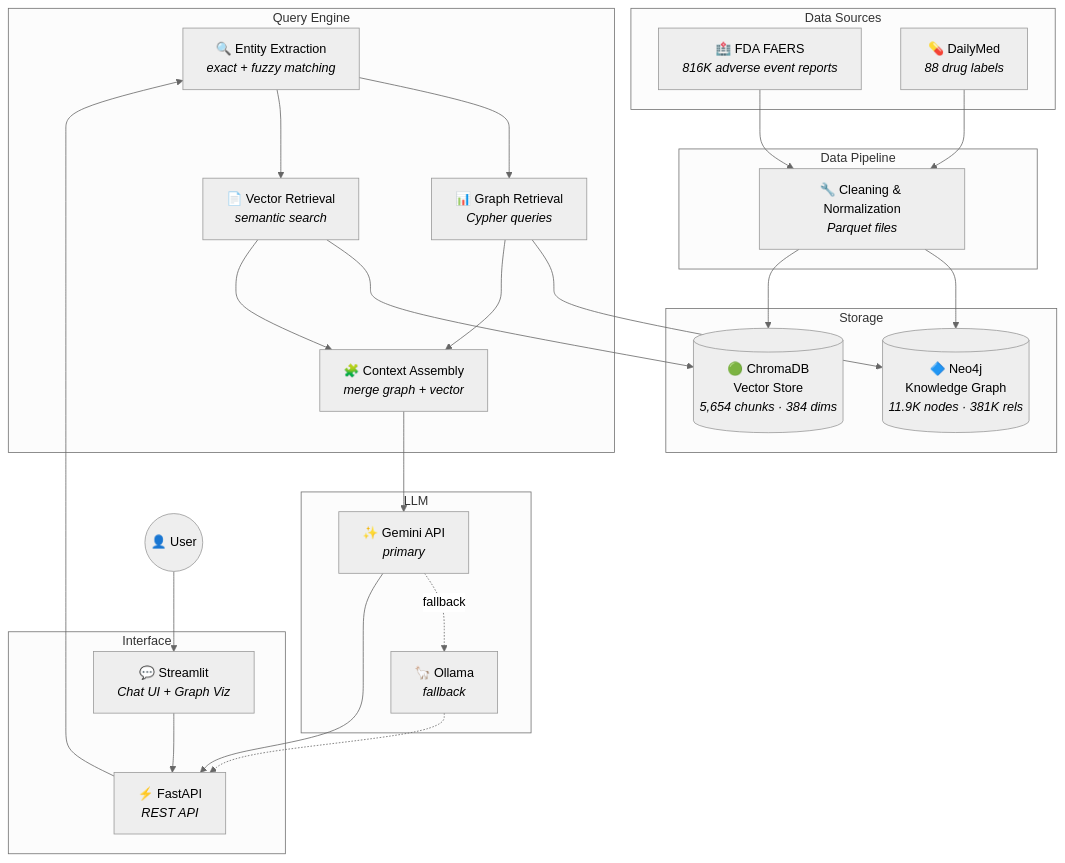
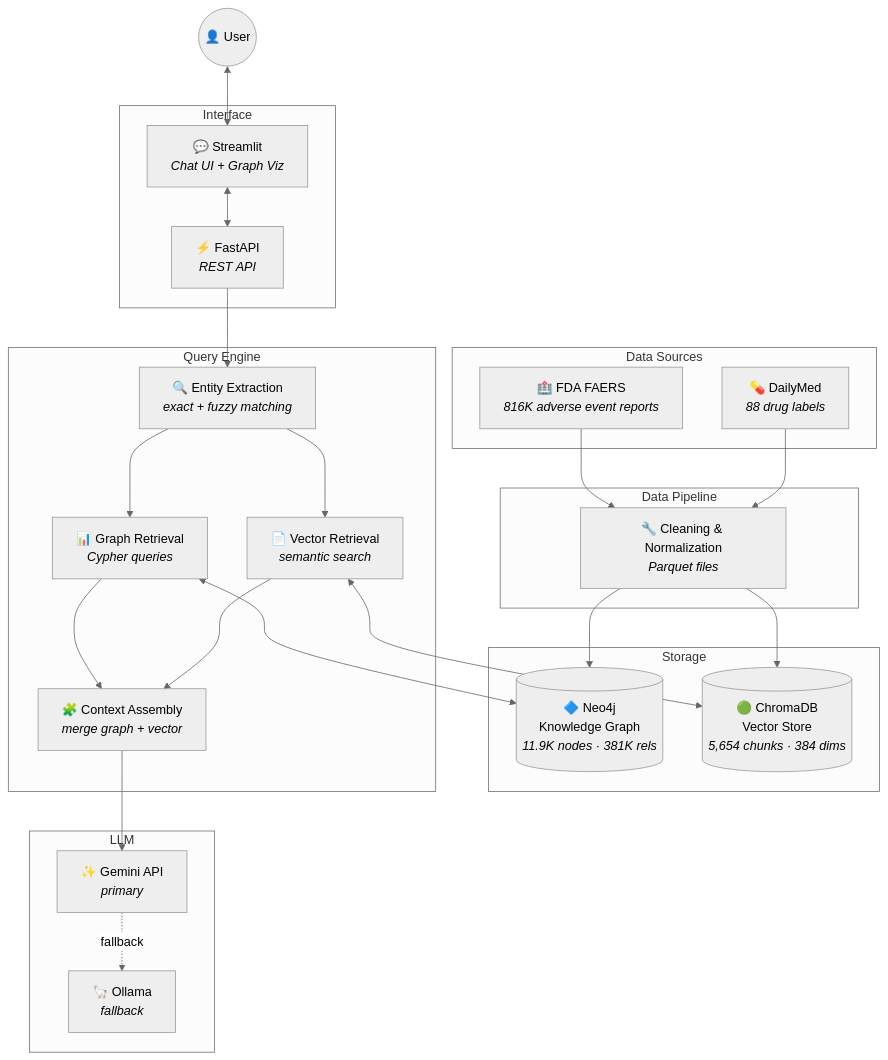
The diagram in README.md (jmponcebe/PharmaGraphRAG), drawn with Mermaid before and after one commit. The commit also changed other lines of this file and 6 other files, not shown here.

````diff
--- a/README.md
+++ b/README.md
@@ -99,53 +99,51 @@
 ```mermaid
 %%{init: {'theme': 'neutral'}}%%
 graph TB
     subgraph Data Sources
         FAERS["🏥 FDA FAERS<br/><i>816K adverse event reports</i>"]
         DM["💊 DailyMed<br/><i>88 drug labels</i>"]
     end
 
     subgraph Data Pipeline
         CLEAN["🔧 Cleaning &amp; Normalization<br/><i>Parquet files</i>"]
     end
 
     subgraph Storage
         NEO4J[("🔷 Neo4j<br/>Knowledge Graph<br/><i>11.9K nodes · 381K rels</i>")]
         CHROMA[("🟢 ChromaDB<br/>Vector Store<br/><i>5,654 chunks · 384 dims</i>")]
     end
 
     subgraph "Query Engine"
         NER["🔍 Entity Extraction<br/><i>exact + fuzzy matching</i>"]
         GR["📊 Graph Retrieval<br/><i>Cypher queries</i>"]
         VR["📄 Vector Retrieval<br/><i>semantic search</i>"]
         CTX["🧩 Context Assembly<br/><i>merge graph + vector</i>"]
     end
 
     subgraph LLM
         GEMINI["✨ Gemini API<br/><i>primary</i>"]
         OLLAMA["🦙 Ollama<br/><i>fallback</i>"]
     end
 
     subgraph Interface
         API["⚡ FastAPI<br/><i>REST API</i>"]
         UI["💬 Streamlit<br/><i>Chat UI + Graph Viz</i>"]
     end
 
     FAERS --> CLEAN
     DM --> CLEAN
     CLEAN --> NEO4J
     CLEAN --> CHROMA
 
-    USER(("👤 User")) --> UI
-    UI --> API
+    USER(("👤 User")) <--> UI
+    UI <--> API
     API --> NER
     NER --> GR
     NER --> VR
-    GR --> NEO4J
-    VR --> CHROMA
+    GR <--> NEO4J
+    VR <--> CHROMA
     GR --> CTX
     VR --> CTX
     CTX --> GEMINI
     GEMINI -.->|fallback| OLLAMA
-    GEMINI --> API
-    OLLAMA -.-> API
 ```
````
